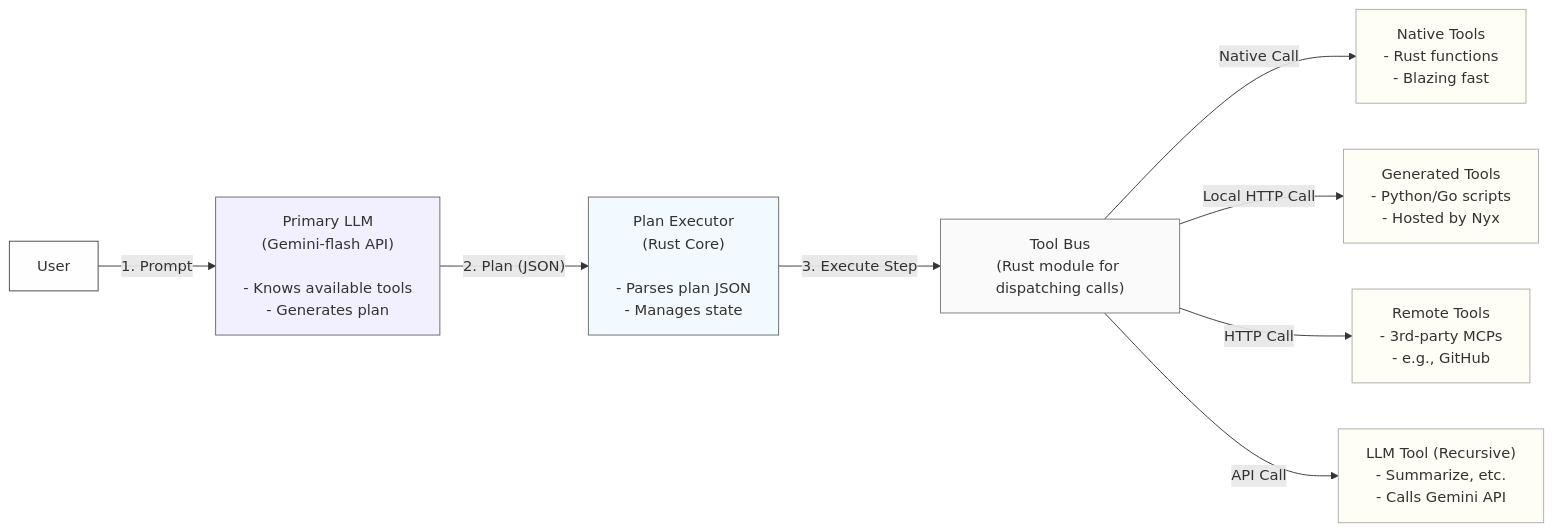
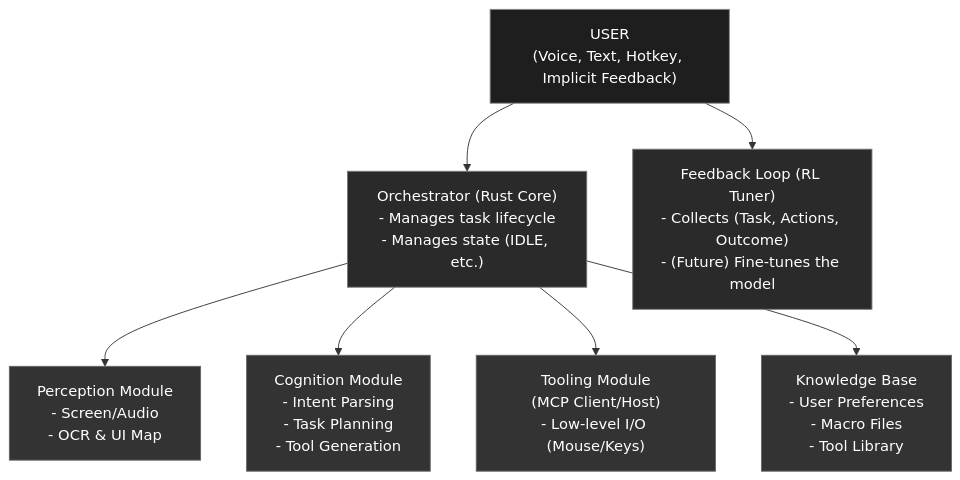
One commit to zendrix396/nyx changed the diagram in docs/Architecture.md. Above: the diagram before and after it, drawn with Mermaid. The commit also changed other lines of this file and 2 other files, not shown here.

````diff
--- a/docs/Architecture.md
+++ b/docs/Architecture.md
@@ -6,25 +9,23 @@
 ```mermaid
-flowchart LR
-    %% Top layer
-    U["User"] -->|"1. Prompt"| LLM["Primary LLM<br/>(Gemini-flash API)<br/><br/>- Knows available tools<br/>- Generates plan"]
-    LLM -->|"2. Plan (JSON)"| PE["Plan Executor<br/>(Rust Core)<br/><br/>- Parses plan JSON<br/>- Manages state"]
+flowchart TB
+    U["USER<br/>(Voice, Text, Hotkey, Implicit Feedback)"] --> O["Orchestrator (Rust Core)<br/>- Manages task lifecycle<br/>- Manages state (IDLE, etc.)"]
+    U --> F["Feedback Loop (RL Tuner)<br/>- Collects (Task, Actions, Outcome)<br/>- (Future) Fine-tunes the model"]
 
-    %% Executor to Tool Bus
-    PE -->|"3. Execute Step"| TB["Tool Bus<br/>(Rust module for dispatching calls)"]
+    O --> P["Perception Module<br/>- Screen/Audio<br/>- OCR & UI Map"]
+    O --> C["Cognition Module<br/>- Intent Parsing<br/>- Task Planning<br/>- Tool Generation"]
+    O --> T["Tooling Module<br/>(MCP Client/Host)<br/>- Low-level I/O (Mouse/Keys)"]
+    O --> K["Knowledge Base<br/>- User Preferences<br/>- Macro Files<br/>- Tool Library"]
 
-    %% Tool Bus branches
-    TB -->|"Native Call"| NT["Native Tools<br/>- Rust functions<br/>- Blazing fast"]
-    TB -->|"Local HTTP Call"| GT["Generated Tools<br/>- Python/Go scripts<br/>- Hosted by Nyx"]
-    TB -->|"HTTP Call"| RT["Remote Tools<br/>- 3rd-party MCPs<br/>- e.g., GitHub"]
-    TB -->|"API Call"| LT["LLM Tool (Recursive)<br/>- Summarize, etc.<br/>- Calls Gemini API"]
+    %% Dark theme styling
+    classDef dark fill:#1e1e1e,stroke:#888,color:#fff;
+    classDef mid fill:#2a2a2a,stroke:#777,color:#fff;
+    classDef light fill:#333,stroke:#666,color:#fff;
 
-    %% Styling (optional aesthetic)
-    style U fill:#fefefe,stroke:#444,stroke-width:1px
-    style LLM fill:#f2f0ff,stroke:#666,stroke-width:1px
-    style PE fill:#f2faff,stroke:#666,stroke-width:1px
-    style TB fill:#fafafa,stroke:#777,stroke-width:1px
-    style NT fill:#fffef6,stroke:#aaa,stroke-width:1px
-    style GT fill:#fffef6,stroke:#aaa,stroke-width:1px
-    style RT fill:#fffef6,stroke:#aaa,stroke-width:1px
-    style LT fill:#fffef6,stroke:#aaa,stroke-width:1px
+    class U dark;
+    class O mid;
+    class F mid;
+    class P light;
+    class C light;
+    class T light;
+    class K light;
 ```
````
